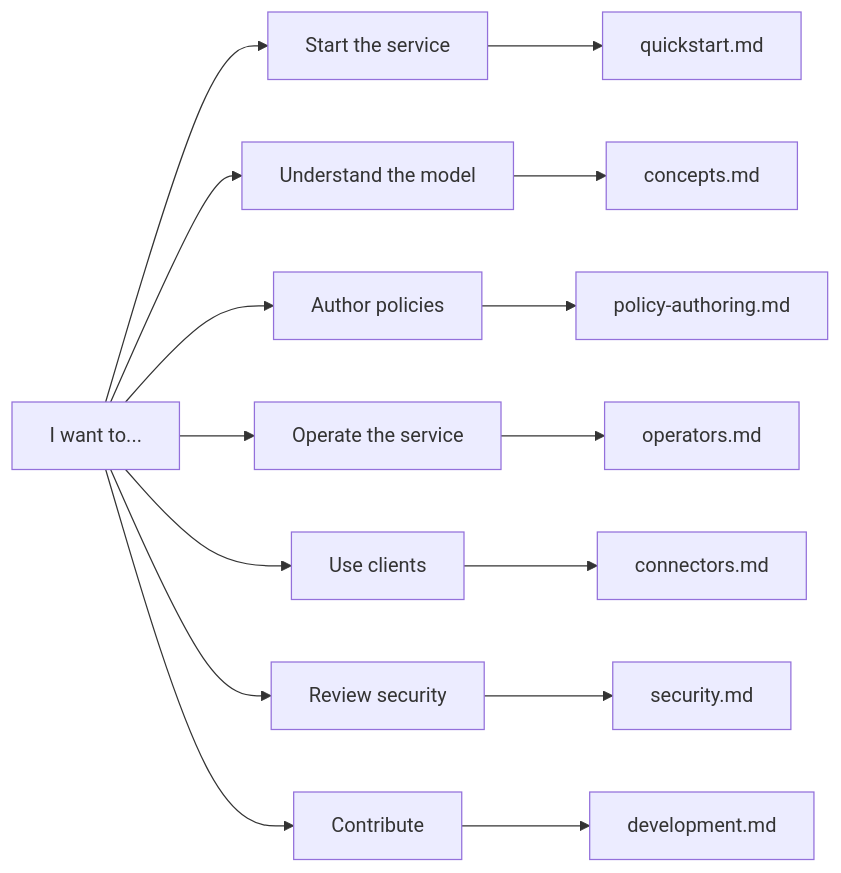
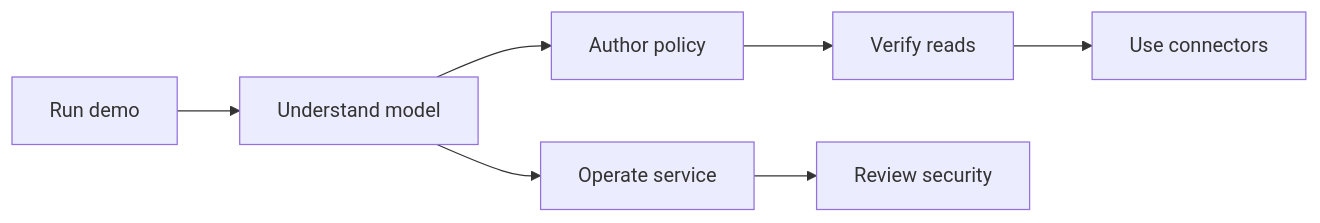
The first of 2 diagrams in docs/README.md (snithish/dal-obscura), drawn with Mermaid before and after one commit. The commit also changed other lines of this file and 10 other files, not shown here.

````diff
--- a/docs/README.md
+++ b/docs/README.md
@@ -9,19 +72,9 @@
 ```mermaid
 flowchart LR
-    start["I want to..."]
-    try["Start the service"]
-    use["Understand the model"]
-    write["Author policies"]
-    run["Operate the service"]
-    connect["Use clients"]
-    secure["Review security"]
-    build["Contribute"]
-
-    start --> try --> quick["quickstart.md"]
-    start --> use --> concepts["concepts.md"]
-    start --> write --> policy["policy-authoring.md"]
-    start --> run --> ops["operators.md"]
-    start --> connect --> connectors["connectors.md"]
-    start --> secure --> security["security.md"]
-    start --> build --> dev["development.md"]
+    start["Run demo"] --> concepts["Understand model"]
+    concepts --> policy["Author policy"]
+    concepts --> ops["Operate service"]
+    policy --> read["Verify reads"]
+    ops --> security["Review security"]
+    read --> connectors["Use connectors"]
 ```
````
